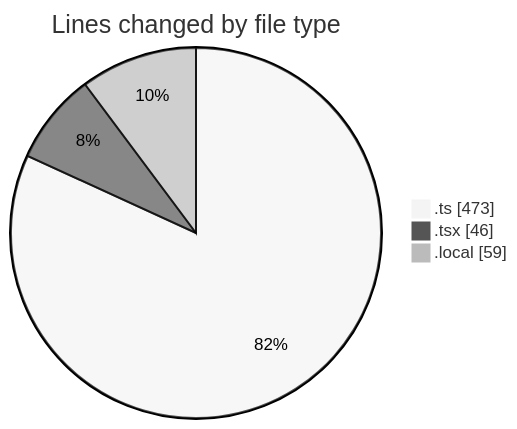
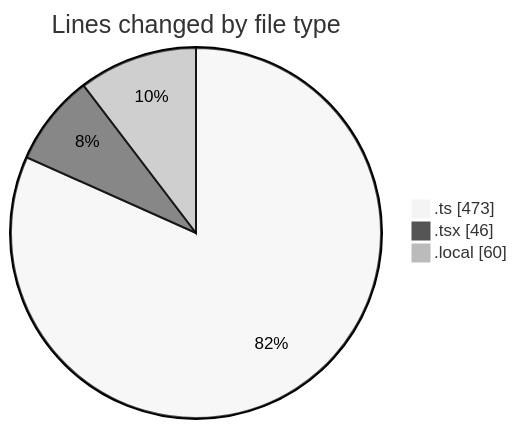
One commit to julien-gomy/code-tracking changed the first of 2 diagrams in 2025-11-26/eventscop-frontend-guide__workspace_/README.md. Above: the diagram before and after it, drawn with Mermaid (neutral theme). The commit also changed other lines of this file and 1 other file, not shown here.

````diff
--- a/2025-11-26/eventscop-frontend-guide__workspace_/README.md
+++ b/2025-11-26/eventscop-frontend-guide__workspace_/README.md
@@ -25,7 +25,7 @@
 ```mermaid
 pie showData
 title Lines changed by file type
 ".ts" : 473
 ".tsx" : 46
-".local" : 59
+".local" : 60
 ```
````
